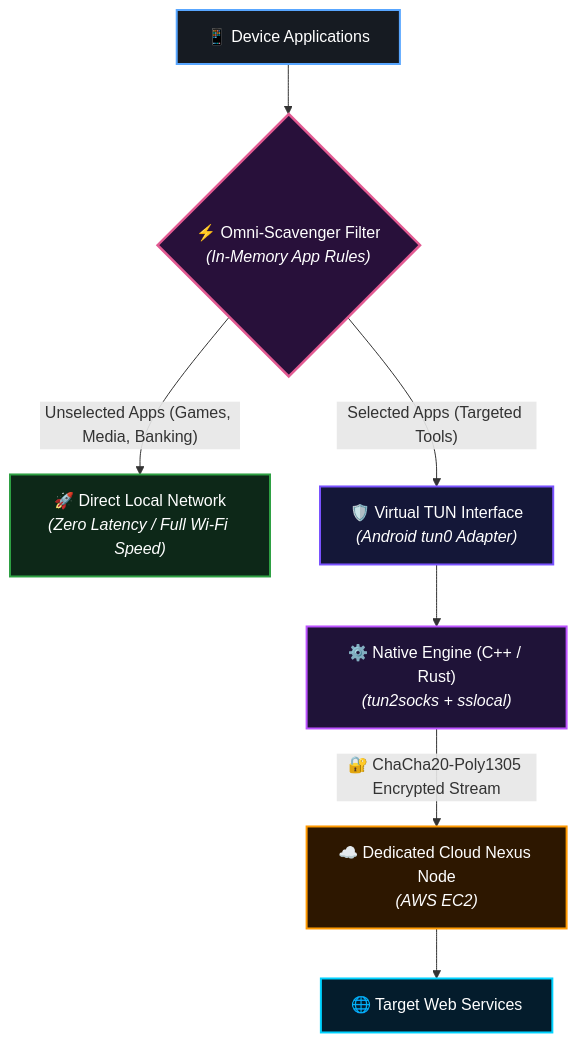
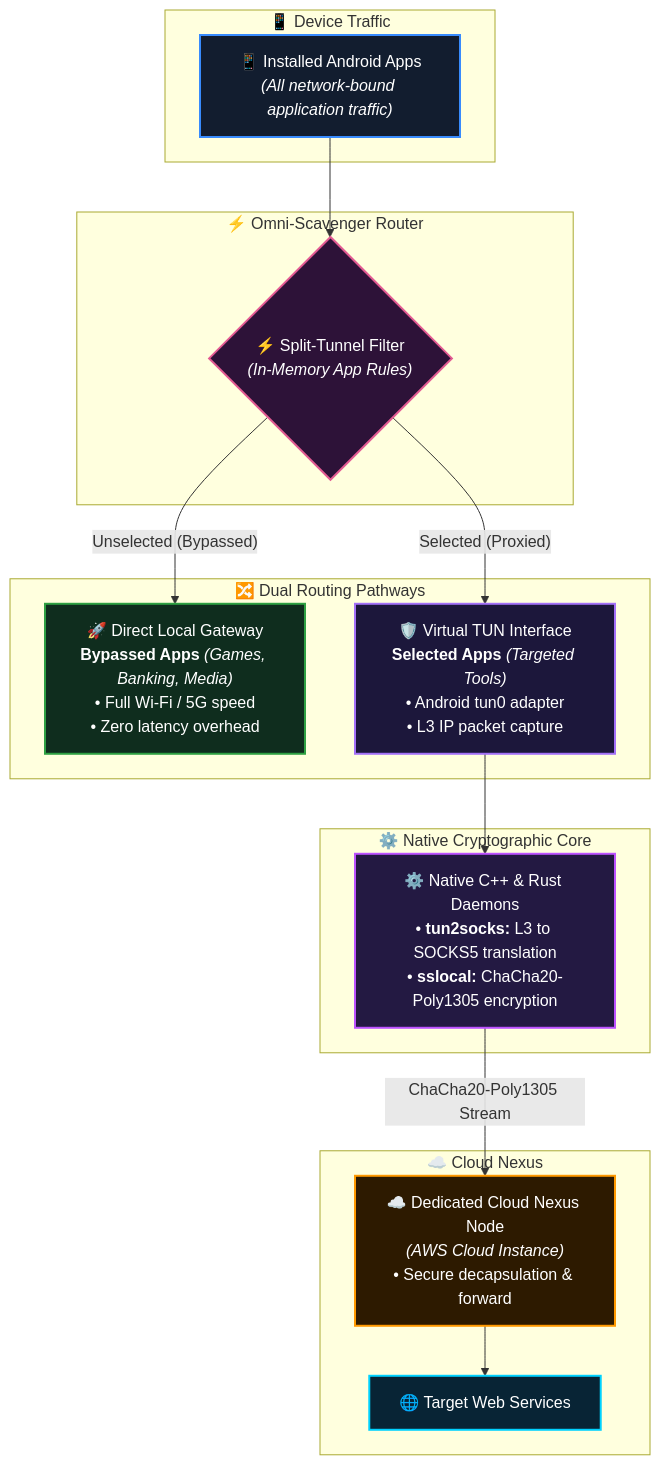
Before and after one commit to Parth-Chavan-15/VoidCrypt: the first of 2 diagrams in README.md, drawn with Mermaid. The commit also changed other lines of this file, not shown here.

Commit message:
docs: restructure flowcharts vertically for high legibility and enhance visual styling across all sections

````diff
--- a/README.md
+++ b/README.md
@@ -59,27 +82,47 @@
 ```mermaid
 flowchart TD
-    App["📱 Device Applications"] --> Filter{"⚡ Omni-Scavenger Filter<br><i>(In-Memory App Rules)</i>"}
-    
-    Filter -- "Unselected Apps (Games, Media, Banking)" --> Direct["🚀 Direct Local Network<br><i>(Zero Latency / Full Wi-Fi Speed)</i>"]
-    Filter -- "Selected Apps (Targeted Tools)" --> Tun["🛡️ Virtual TUN Interface<br><i>(Android tun0 Adapter)</i>"]
-    
-    Tun --> Native["⚙️ Native Engine (C++ / Rust)<br><i>(tun2socks + sslocal)</i>"]
-    Native -->|"🔐 ChaCha20-Poly1305 Encrypted Stream"| Cloud["☁️ Dedicated Cloud Nexus Node<br><i>(AWS EC2)</i>"]
-    Cloud --> Internet["🌐 Target Web Services"]
+    subgraph INGRESS["📱 Device Traffic"]
+        APP["📱 Installed Android Apps<br/><i>(All network-bound application traffic)</i>"]
+    end
 
-    classDef appStyle fill:#161b22,stroke:#58a6ff,stroke-width:2px,color:#ffffff;
-    classDef filterStyle fill:#28103a,stroke:#e25a92,stroke-width:2.5px,color:#ffffff;
-    classDef directStyle fill:#0d2818,stroke:#2ea043,stroke-width:2px,color:#ffffff;
-    classDef tunStyle fill:#141738,stroke:#7952ff,stroke-width:2px,color:#ffffff;
-    classDef nativeStyle fill:#1f1338,stroke:#bc52ff,stroke-width:2px,color:#ffffff;
-    classDef cloudStyle fill:#2d1700,stroke:#ff9900,stroke-width:2px,color:#ffffff;
-    classDef netStyle fill:#041c2c,stroke:#00d2ff,stroke-width:2px,color:#ffffff;
+    subgraph ENGINE["⚡ Omni-Scavenger Router"]
+        FILTER{"⚡ Split-Tunnel Filter<br/><i>(In-Memory App Rules)</i>"}
+    end
 
-    class App appStyle;
-    class Filter filterStyle;
-    class Direct directStyle;
-    class Tun tunStyle;
-    class Native nativeStyle;
-    class Cloud cloudStyle;
-    class Internet netStyle;
+    subgraph PATHS["🔀 Dual Routing Pathways"]
+        DIRECT["🚀 Direct Local Gateway<br/><b>Bypassed Apps</b> <i>(Games, Banking, Media)</i><br/>• Full Wi-Fi / 5G speed<br/>• Zero latency overhead"]
+        TUN["🛡️ Virtual TUN Interface<br/><b>Selected Apps</b> <i>(Targeted Tools)</i><br/>• Android tun0 adapter<br/>• L3 IP packet capture"]
+    end
+
+    subgraph CORE["⚙️ Native Cryptographic Core"]
+        NATIVE["⚙️ Native C++ & Rust Daemons<br/>• <b>tun2socks:</b> L3 to SOCKS5 translation<br/>• <b>sslocal:</b> ChaCha20-Poly1305 encryption"]
+    end
+
+    subgraph CLOUD["☁️ Cloud Nexus"]
+        NODE["☁️ Dedicated Cloud Nexus Node<br/><i>(AWS Cloud Instance)</i><br/>• Secure decapsulation & forward"]
+        WEB["🌐 Target Web Services"]
+    end
+
+    APP --> FILTER
+    FILTER -->|"Unselected (Bypassed)"| DIRECT
+    FILTER -->|"Selected (Proxied)"| TUN
+    TUN --> NATIVE
+    NATIVE -->|"ChaCha20-Poly1305 Stream"| NODE
+    NODE --> WEB
+
+    classDef ingress fill:#121d2f,stroke:#388bfd,stroke-width:2px,color:#ffffff;
+    classDef filter fill:#2d1238,stroke:#e25a92,stroke-width:2px,color:#ffffff;
+    classDef direct fill:#0f2d1e,stroke:#2ea043,stroke-width:2px,color:#ffffff;
+    classDef tun fill:#1c173b,stroke:#a371f7,stroke-width:2px,color:#ffffff;
+    classDef core fill:#231942,stroke:#bc52ff,stroke-width:2px,color:#ffffff;
+    classDef cloud fill:#2d1a00,stroke:#ff9900,stroke-width:2px,color:#ffffff;
+    classDef web fill:#082435,stroke:#00d2ff,stroke-width:2px,color:#ffffff;
+
+    class APP ingress;
+    class FILTER filter;
+    class DIRECT direct;
+    class TUN tun;
+    class NATIVE core;
+    class NODE cloud;
+    class WEB web;
 ```
````
